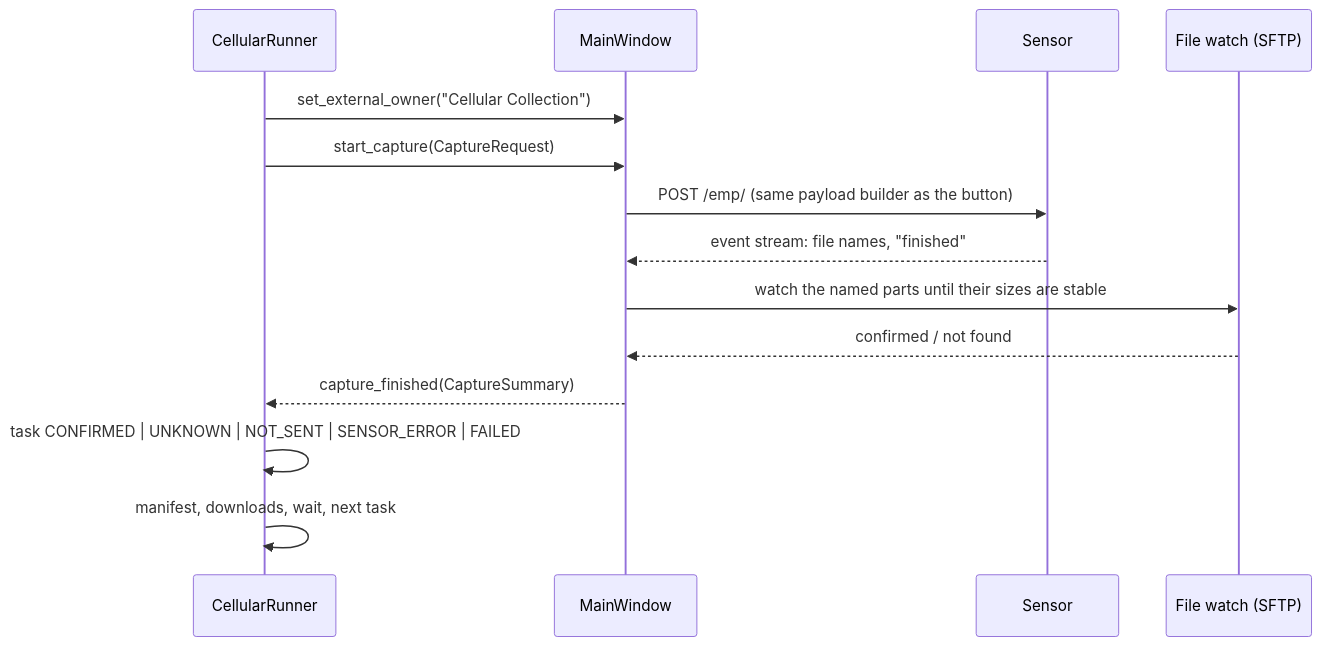
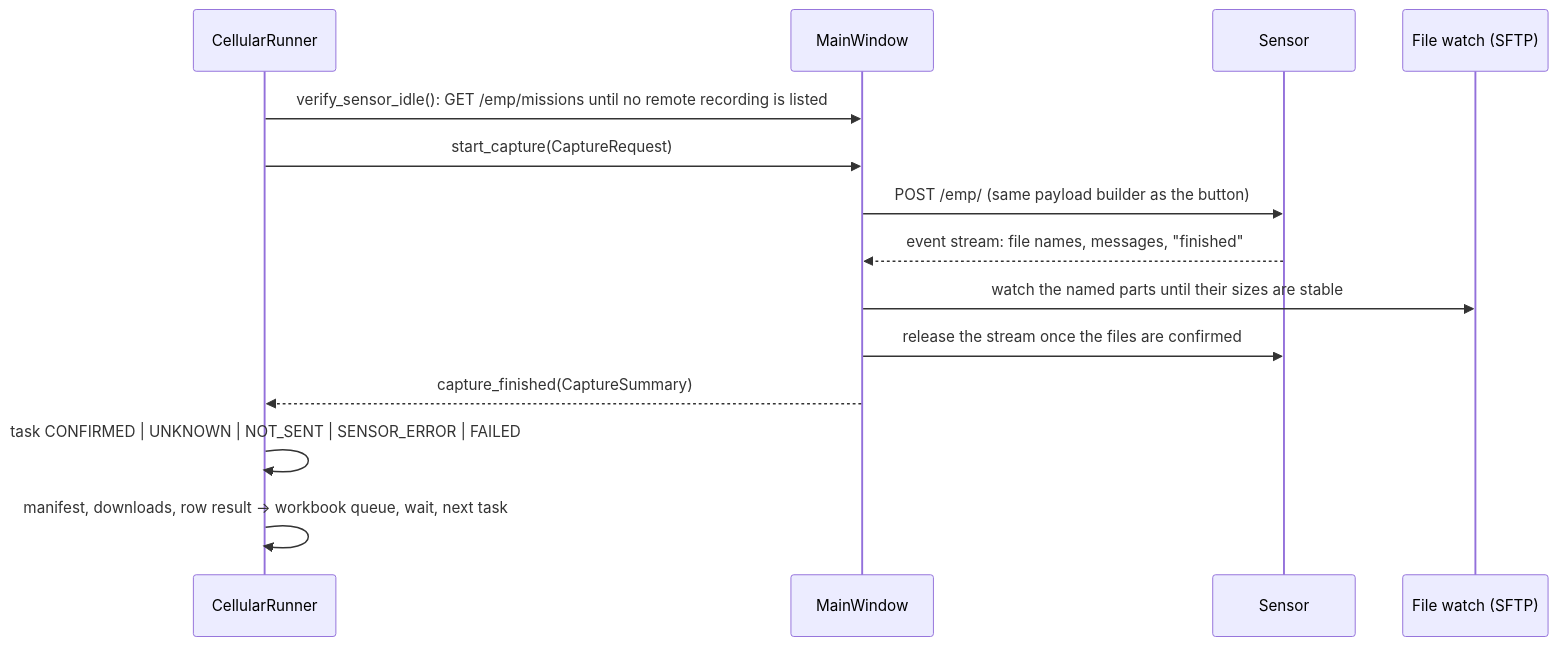
Before and after one commit to ItayHararii/iq-spectrogram-converter: the diagram in crfs_iq_recorder/docs/CELLULAR_COLLECTION.md, drawn with Mermaid. The commit also changed other lines of this file and 25 other files, not shown here.

````diff
--- a/crfs_iq_recorder/docs/CELLULAR_COLLECTION.md
+++ b/crfs_iq_recorder/docs/CELLULAR_COLLECTION.md
@@ -40,16 +30,16 @@
 ```mermaid
 sequenceDiagram
   participant R as CellularRunner
   participant W as MainWindow
   participant N as Sensor
   participant F as File watch (SFTP)
-  R->>W: set_external_owner("Cellular Collection")
+  R->>W: verify_sensor_idle(): GET /emp/missions until no remote recording is listed
   R->>W: start_capture(CaptureRequest)
   W->>N: POST /emp/ (same payload builder as the button)
-  N-->>W: event stream: file names, "finished"
+  N-->>W: event stream: file names, messages, "finished"
   W->>F: watch the named parts until their sizes are stable
-  F-->>W: confirmed / not found
+  W->>N: release the stream once the files are confirmed
   W-->>R: capture_finished(CaptureSummary)
   R->>R: task CONFIRMED | UNKNOWN | NOT_SENT | SENSOR_ERROR | FAILED
-  R->>R: manifest, downloads, wait, next task
+  R->>R: manifest, downloads, row result -> workbook queue, wait, next task
 ```
````
